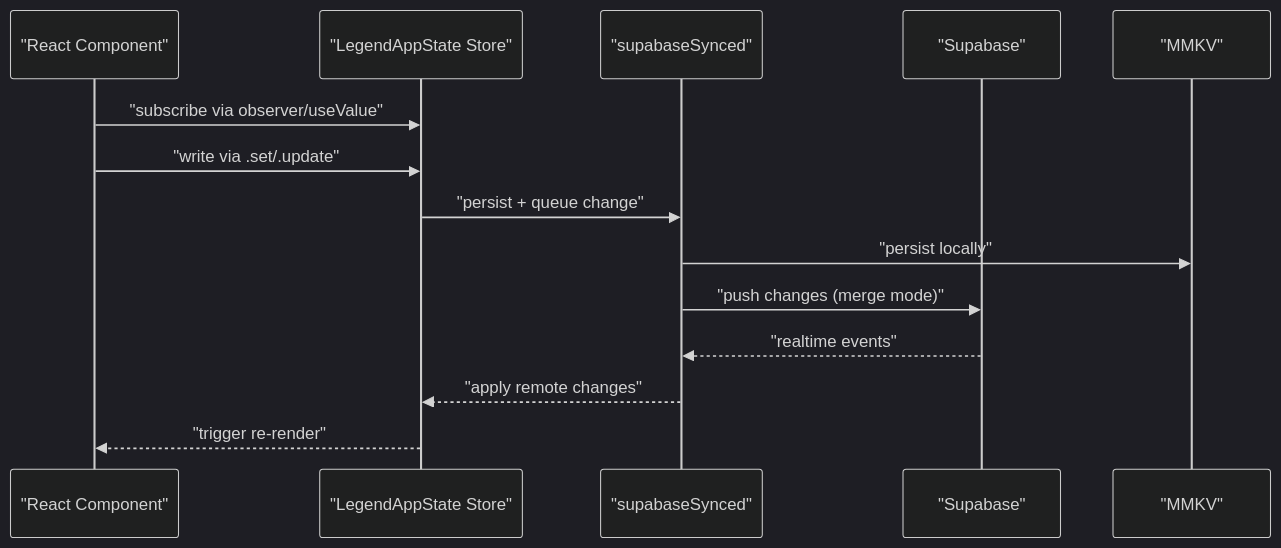
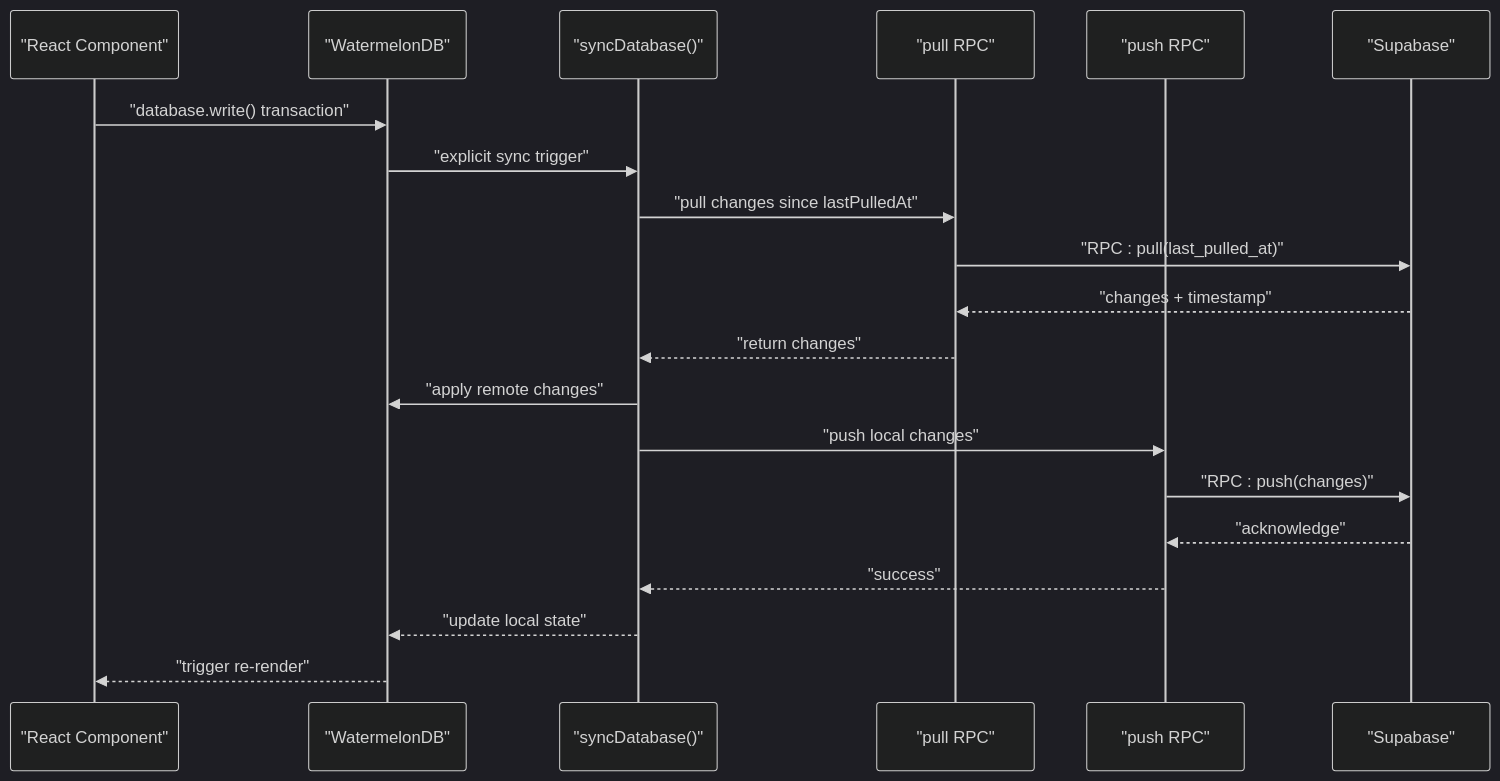
The second of 11 diagrams in .qoder/repowiki/en/content/State Management Architecture/State Management Architecture.md (karllasouzza/PowerLists), drawn with Mermaid (dark theme) before and after one commit. The commit also changed other lines of this file and 5 other files, not shown here.

````diff
--- a/.qoder/repowiki/en/content/State Management Architecture/State Management Architecture.md
+++ b/.qoder/repowiki/en/content/State Management Architecture/State Management Architecture.md
@@ -131,16 +153,22 @@
 ```mermaid
 sequenceDiagram
 participant UI as "React Component"
-participant Store as "LegendAppState Store"
-participant Sync as "supabaseSynced"
+participant DB as "WatermelonDB"
+participant Sync as "syncDatabase()"
+participant Pull as "pull RPC"
+participant Push as "push RPC"
 participant Supabase as "Supabase"
-participant MMKV as "MMKV"
-UI->>Store : "subscribe via observer/useValue"
-UI->>Store : "write via .set/.update"
-Store->>Sync : "persist + queue change"
-Sync->>MMKV : "persist locally"
-Sync->>Supabase : "push changes (merge mode)"
-Supabase-->>Sync : "realtime events"
-Sync-->>Store : "apply remote changes"
-Store-->>UI : "trigger re-render"
+UI->>DB : "database.write() transaction"
+DB->>Sync : "explicit sync trigger"
+Sync->>Pull : "pull changes since lastPulledAt"
+Pull->>Supabase : "RPC : pull(last_pulled_at)"
+Supabase-->>Pull : "changes + timestamp"
+Pull-->>Sync : "return changes"
+Sync->>DB : "apply remote changes"
+Sync->>Push : "push local changes"
+Push->>Supabase : "RPC : push(changes)"
+Supabase-->>Push : "acknowledge"
+Push-->>Sync : "success"
+Sync-->>DB : "update local state"
+DB-->>UI : "trigger re-render"
 ```
````
